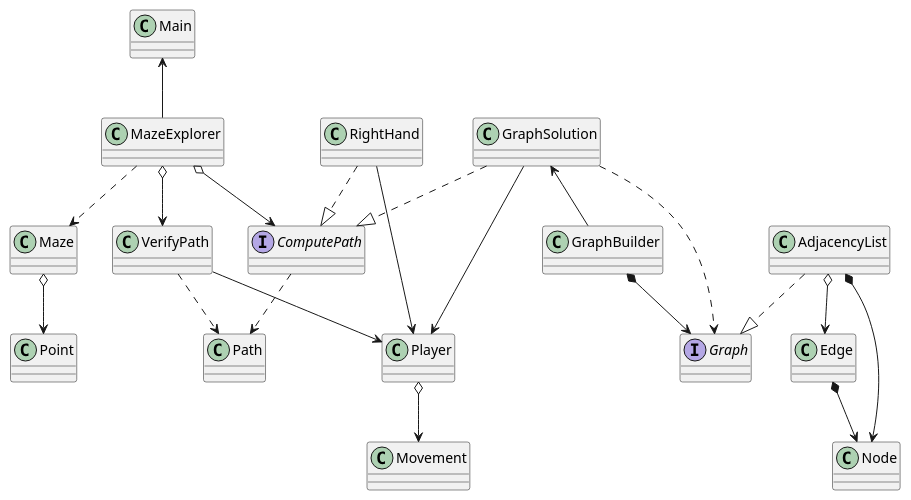
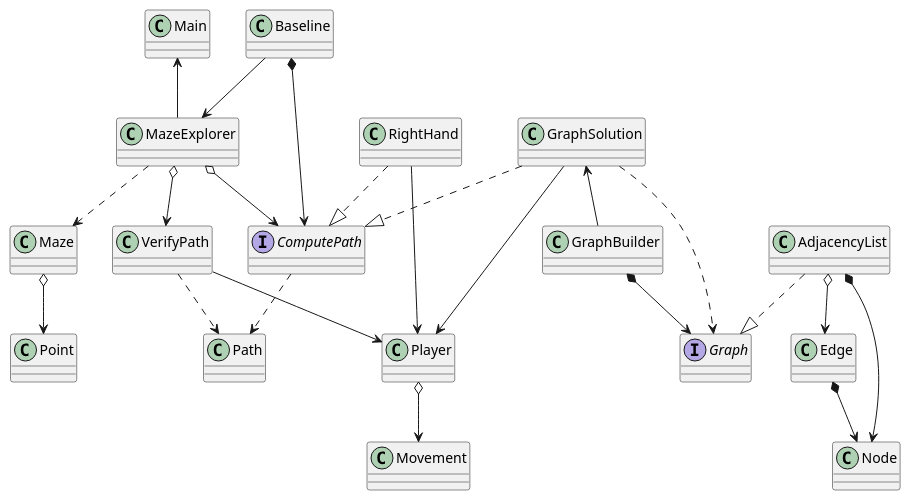
Before and after one commit to 2AA4-W24/a3-maze-runner-take-two-jjustin-k: the diagram in uml/MazeClasses.puml, drawn with PlantUML. The commit also changed 7 other files, not shown here.

Commit message:
Edge tests in graph builder test complete

```diff
--- a/uml/MazeClasses.puml
+++ b/uml/MazeClasses.puml
@@ -1,43 +1,46 @@
 @startuml
 'https://plantuml.com/class-diagram
 
 class Main
 class MazeExplorer
+class Baseline
 class Point
 class Path
 class Player
 class VerifyPath
 class Maze
 class GraphSolution
 class GraphBuilder
 class Node
 class Edge
 class AdjacencyList
 class Movement
 class RightHand
 interface ComputePath
 interface Graph
 
 Main <-- MazeExplorer
 MazeExplorer o--> ComputePath
+Baseline --> MazeExplorer
+Baseline *--> ComputePath
 MazeExplorer ..> Maze
 MazeExplorer o--> VerifyPath
 Maze o--> Point
 VerifyPath --> Player
 RightHand --> Player
 ComputePath ..> Path
 VerifyPath ..> Path
 RightHand ..|> ComputePath
 GraphSolution ..|> ComputePath
 Player o--> Movement
 GraphSolution <-- GraphBuilder
 GraphBuilder *--> Graph
 GraphSolution ..> Graph
 GraphSolution --> Player
 AdjacencyList ..|> Graph
 AdjacencyList *--> Node
 Edge *--> Node
 AdjacencyList o--> Edge
 
 
 @enduml
```
